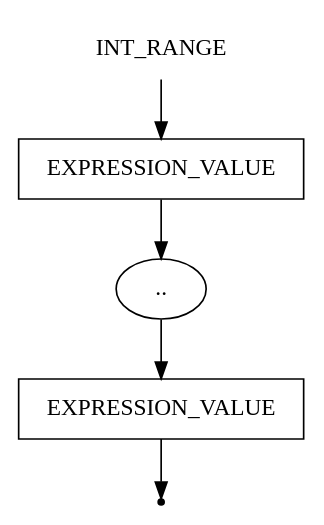
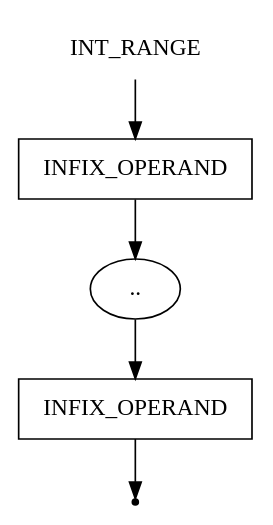
Before and after one commit to ayu-f/DSL_Pseudocode: the diagram in pseudocode/int_range.gv, drawn with Graphviz. The commit also changed 15 other files, not shown here.

```diff
--- a/pseudocode/int_range.gv
+++ b/pseudocode/int_range.gv
@@ -1,12 +1,12 @@
 digraph INT_RANGE {
     start [label=INT_RANGE shape=plaintext]
-    expression_value [label=EXPRESSION_VALUE shape=box]
+    operand_infix [label=INFIX_OPERAND shape=box]
     two_dots [label=".." shape=oval]
-    expression_value2 [label=EXPRESSION_VALUE shape=box]
+    operand_infix2 [label=INFIX_OPERAND shape=box]
     end [label="" shape=point]
 
-    start -> expression_value
-    expression_value -> two_dots
-    two_dots -> expression_value2
-    expression_value2 -> end
+    start -> operand_infix
+    operand_infix -> two_dots
+    two_dots -> operand_infix2
+    operand_infix2 -> end
 }
```
